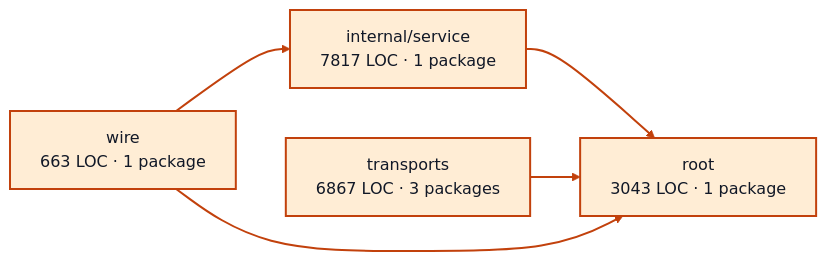
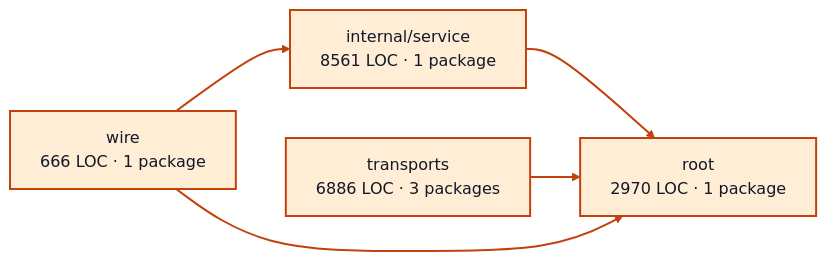
One commit to portpowered/you-agent-factory changed the diagram in docs/architecture/visualizations/services/worker_sessions.md. Above: the diagram before and after it, drawn with Mermaid. The commit also changed other lines of this file and 20 other files, not shown here.

Commit message:
docs: refresh backend architecture visualizations

````diff
--- a/docs/architecture/visualizations/services/worker_sessions.md
+++ b/docs/architecture/visualizations/services/worker_sessions.md
@@ -11,16 +11,16 @@
 ```mermaid
 flowchart LR
-  p0["internal/service<br/>7817 LOC · 1 package"]
-  p1["root<br/>3043 LOC · 1 package"]
-  p2["transports<br/>6867 LOC · 3 packages"]
-  p3["wire<br/>663 LOC · 1 package"]
+  p0["internal/service<br/>8561 LOC · 1 package"]
+  p1["root<br/>2970 LOC · 1 package"]
+  p2["transports<br/>6886 LOC · 3 packages"]
+  p3["wire<br/>666 LOC · 1 package"]
   p0 --> p1
   p2 --> p1
   p3 --> p0
   p3 --> p1
   style p0 fill:#ffedd5,stroke:#c2410c,stroke-width:2px,color:#111827
   style p1 fill:#ffedd5,stroke:#c2410c,stroke-width:2px,color:#111827
   style p2 fill:#ffedd5,stroke:#c2410c,stroke-width:2px,color:#111827
   style p3 fill:#ffedd5,stroke:#c2410c,stroke-width:2px,color:#111827
   linkStyle default stroke:#c2410c,stroke-width:2px
 ```
````
